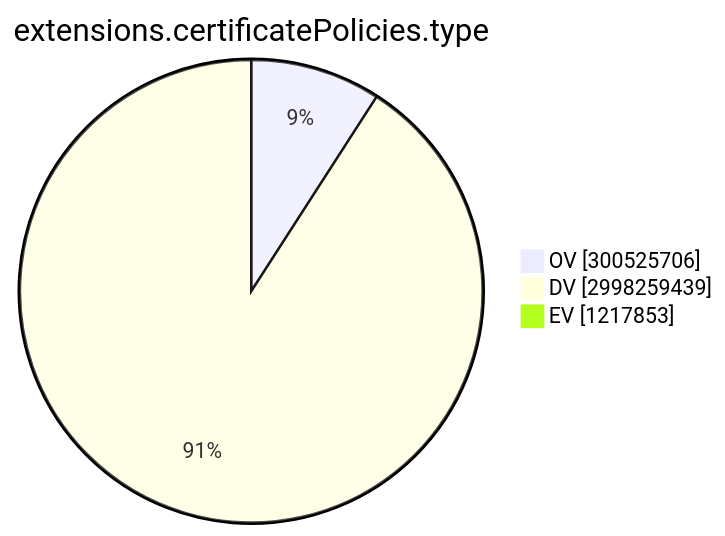
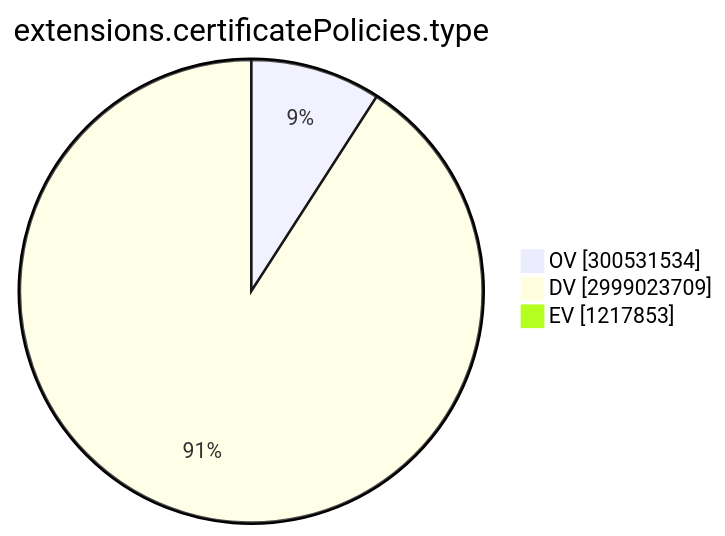
One commit to christiankrug/ctmonitor_visualization changed the ninth of 15 diagrams in TOTAL/README.md. Above: the diagram before and after it, drawn with Mermaid. The commit also changed other lines of this file, not shown here.

````diff
--- a/TOTAL/README.md
+++ b/TOTAL/README.md
@@ -3102,7 +3102,7 @@
 ```mermaid
 pie showData
 title extensions.certificatePolicies.type
-"OV" :300525706
-"DV" :2998259439
+"OV" :300531534
+"DV" :2999023709
 "EV" :1217853
 ```
````
